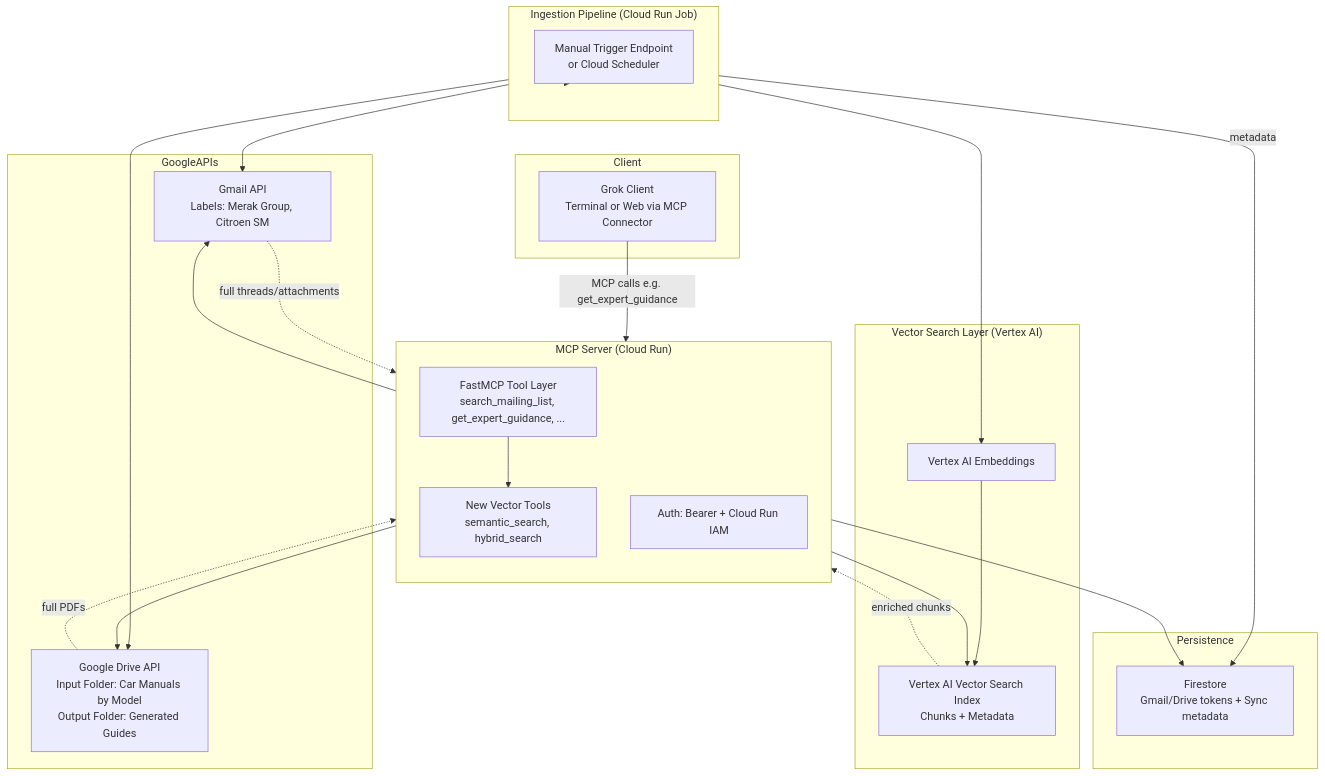
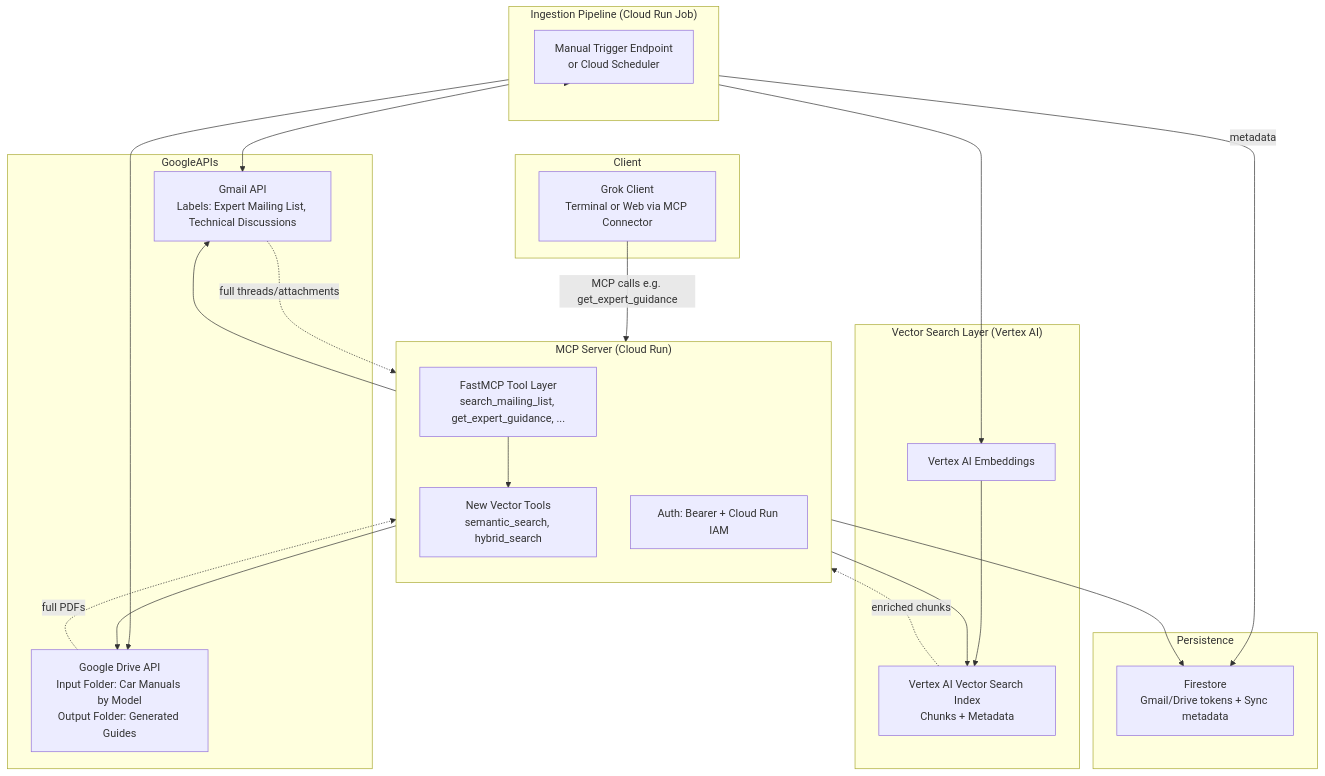
One commit to MariusSorteberg/sorteberg-mcp changed the third of 5 diagrams in ARCHITECTURE.md. Above: the diagram before and after it, drawn with Mermaid. The commit also changed other lines of this file and 8 other files, not shown here.

````diff
--- a/ARCHITECTURE.md
+++ b/ARCHITECTURE.md
@@ -230,50 +230,50 @@
 ```mermaid
 flowchart TD
     subgraph Client
         Grok[Grok Client<br/>Terminal or Web via MCP Connector]
     end
 
     subgraph MCP["MCP Server (Cloud Run)"]
         direction TB
         Tools[FastMCP Tool Layer<br/>search_mailing_list, get_expert_guidance, ...]
         VectorTools[New Vector Tools<br/>semantic_search, hybrid_search]
         Auth[Auth: Bearer + Cloud Run IAM]
     end
 
     subgraph GoogleAPIs
-        Gmail[Gmail API<br/>Labels: Merak Group, Citroen SM]
+        Gmail[Gmail API<br/>Labels: Expert Mailing List, Technical Discussions]
         Drive[Google Drive API<br/>Input Folder: Car Manuals by Model<br/>Output Folder: Generated Guides]
     end
 
     subgraph Persistence
         FS[Firestore<br/>Gmail/Drive tokens + Sync metadata]
     end
 
     subgraph VectorLayer["Vector Search Layer (Vertex AI)"]
         Embed[Vertex AI Embeddings]
         VS[Vertex AI Vector Search Index<br/>Chunks + Metadata]
     end
 
     subgraph Ingestion["Ingestion Pipeline (Cloud Run Job)"]
         direction LR
         Trigger[Manual Trigger Endpoint<br/>or Cloud Scheduler]
     end
 
     Grok -->|MCP calls e.g. get_expert_guidance| Tools
     Tools --> VectorTools
     Tools --> Gmail
     Tools --> Drive
     VectorTools --> VS
     Auth --> FS
 
     Trigger --> Ingestion
     Ingestion --> Gmail
     Ingestion --> Drive
     Ingestion --> Embed
     Embed --> VS
     Ingestion -->|metadata| FS
 
     VS -.->|enriched chunks| Tools
     Gmail -.->|full threads/attachments| Tools
     Drive -.->|full PDFs| Tools
 ```
````
